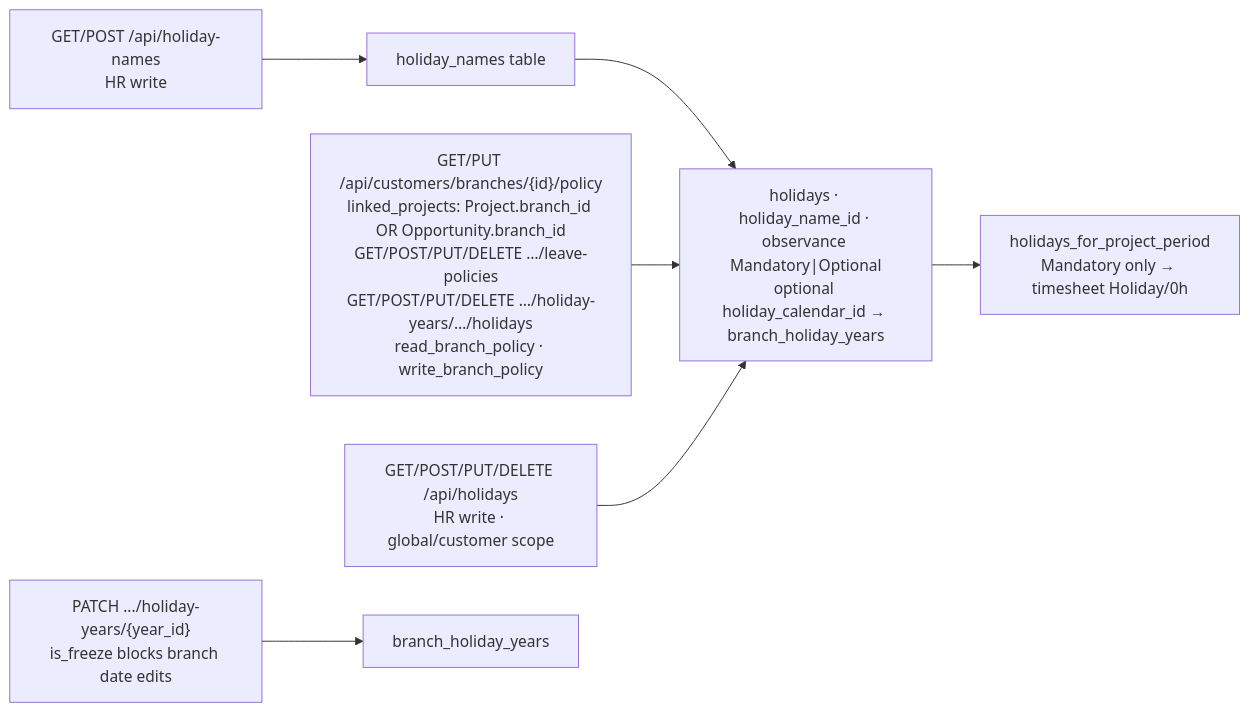
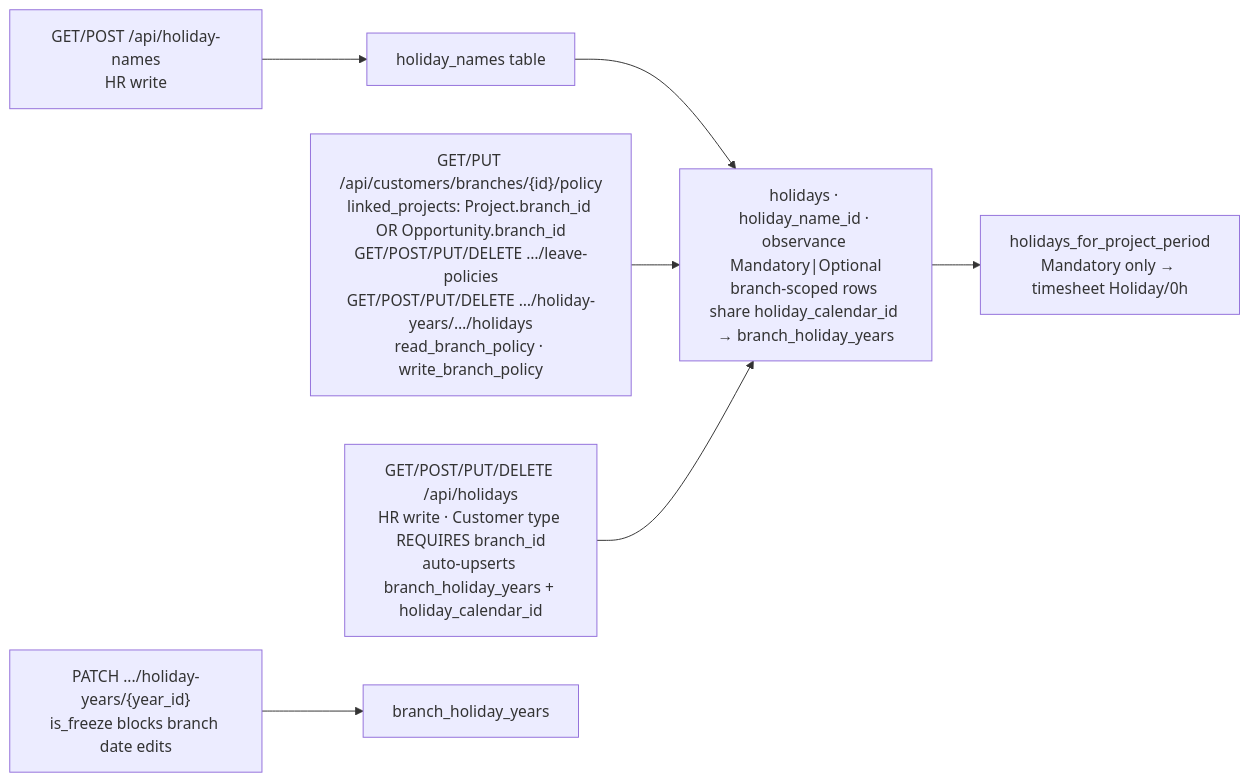
One commit to pawan-88/CRM-AI-Interview-Backend-B-V2 changed diagram 11 of 11 in docs/architecture/04-api-flow.md. Above: the diagram before and after it, drawn with Mermaid. The commit also changed other lines of this file and 148 other files, not shown here.

````diff
--- a/docs/architecture/04-api-flow.md
+++ b/docs/architecture/04-api-flow.md
@@ -276,12 +276,12 @@
 ```mermaid
 flowchart LR
     names["GET/POST /api/holiday-names<br/>HR write"] --> master["holiday_names table"]
-    global["GET/POST/PUT/DELETE /api/holidays<br/>HR write · global/customer scope"]
+    global["GET/POST/PUT/DELETE /api/holidays<br/>HR write · Customer type REQUIRES branch_id<br/>auto-upserts branch_holiday_years + holiday_calendar_id"]
     branch["GET/PUT /api/customers/branches/{id}/policy<br/>linked_projects: Project.branch_id OR Opportunity.branch_id<br/>GET/POST/PUT/DELETE …/leave-policies<br/>GET/POST/PUT/DELETE …/holiday-years/…/holidays<br/>read_branch_policy · write_branch_policy"]
     freeze["PATCH .../holiday-years/{year_id}<br/>is_freeze blocks branch date edits"]
-    master --> hol["holidays · holiday_name_id · observance Mandatory|Optional<br/>optional holiday_calendar_id → branch_holiday_years"]
+    master --> hol["holidays · holiday_name_id · observance Mandatory|Optional<br/>branch-scoped rows share holiday_calendar_id → branch_holiday_years"]
     branch --> hol
     global --> hol
     freeze --> bhy["branch_holiday_years"]
     hol --> ts["holidays_for_project_period<br/>Mandatory only → timesheet Holiday/0h"]
 ```
````
